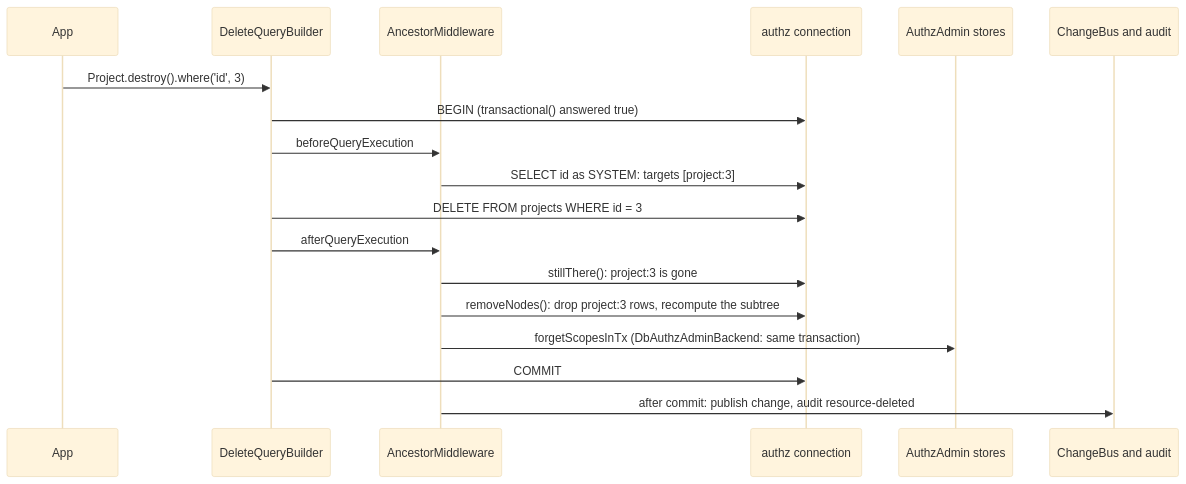
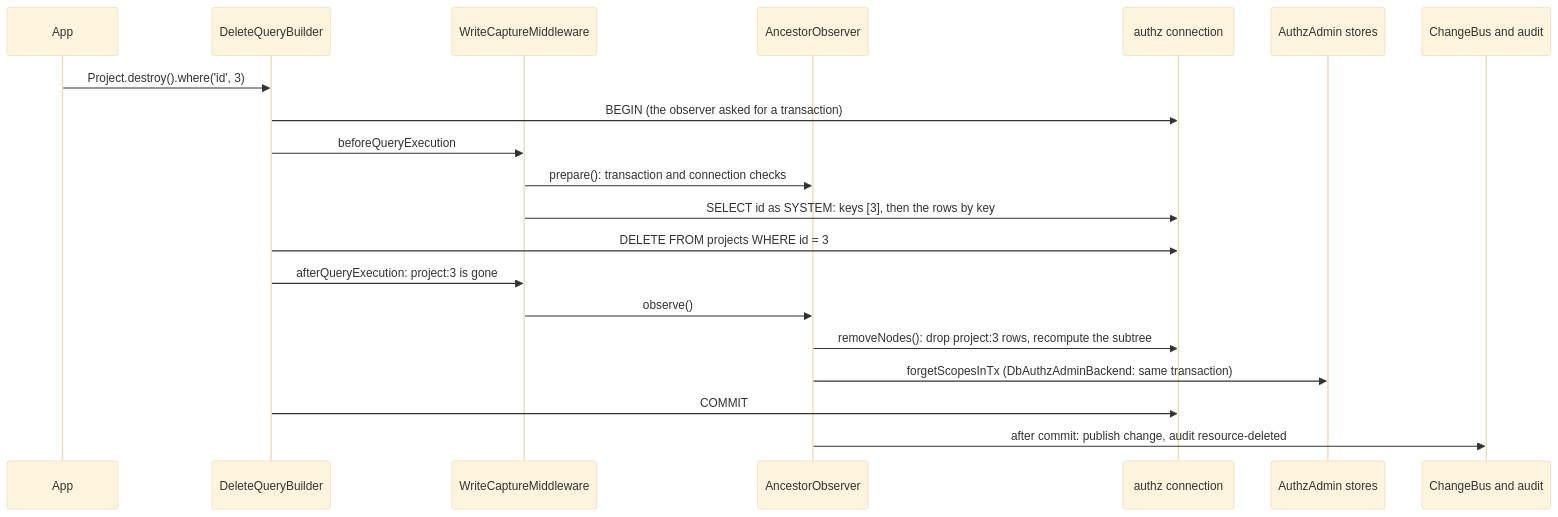
The diagram in docs/authz-orm/06-ancestor-table.md (spinajs/main), drawn with Mermaid (base theme) before and after one commit. The commit also changed other lines of this file and 16 other files, not shown here.

First line of the commit message:
refactor(authz-orm)!: ancestors observe the ORM write capture

````diff
--- a/docs/authz-orm/06-ancestor-table.md
+++ b/docs/authz-orm/06-ancestor-table.md
@@ -37,20 +37,22 @@
 ```mermaid
 sequenceDiagram
   participant App
   participant ORM as DeleteQueryBuilder
-  participant MW as AncestorMiddleware
+  participant Cap as WriteCaptureMiddleware
+  participant MW as AncestorObserver
   participant DB as authz connection
   participant Admin as AuthzAdmin stores
   participant Bus as ChangeBus and audit
   App->>ORM: Project.destroy().where('id', 3)
-  ORM->>DB: BEGIN (transactional() answered true)
-  ORM->>MW: beforeQueryExecution
-  MW->>DB: SELECT id as SYSTEM: targets [project:3]
+  ORM->>DB: BEGIN (the observer asked for a transaction)
+  ORM->>Cap: beforeQueryExecution
+  Cap->>MW: prepare(): transaction and connection checks
+  Cap->>DB: SELECT id as SYSTEM: keys [3], then the rows by key
   ORM->>DB: DELETE FROM projects WHERE id = 3
-  ORM->>MW: afterQueryExecution
-  MW->>DB: stillThere(): project:3 is gone
+  ORM->>Cap: afterQueryExecution: project:3 is gone
+  Cap->>MW: observe()
   MW->>DB: removeNodes(): drop project:3 rows, recompute the subtree
   MW->>Admin: forgetScopesInTx (DbAuthzAdminBackend: same transaction)
   ORM->>DB: COMMIT
   MW->>Bus: after commit: publish change, audit resource-deleted
 ```
````
